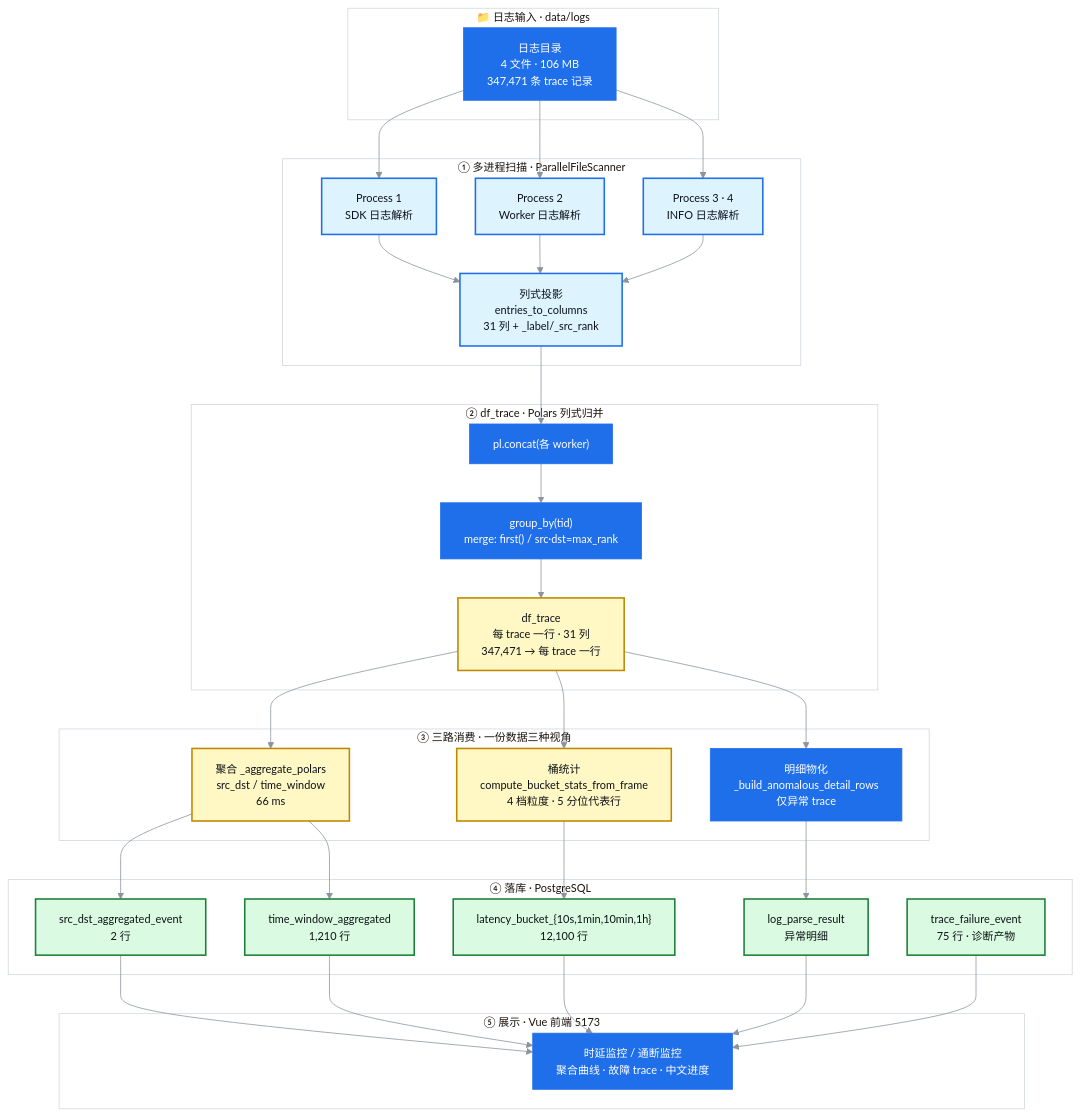
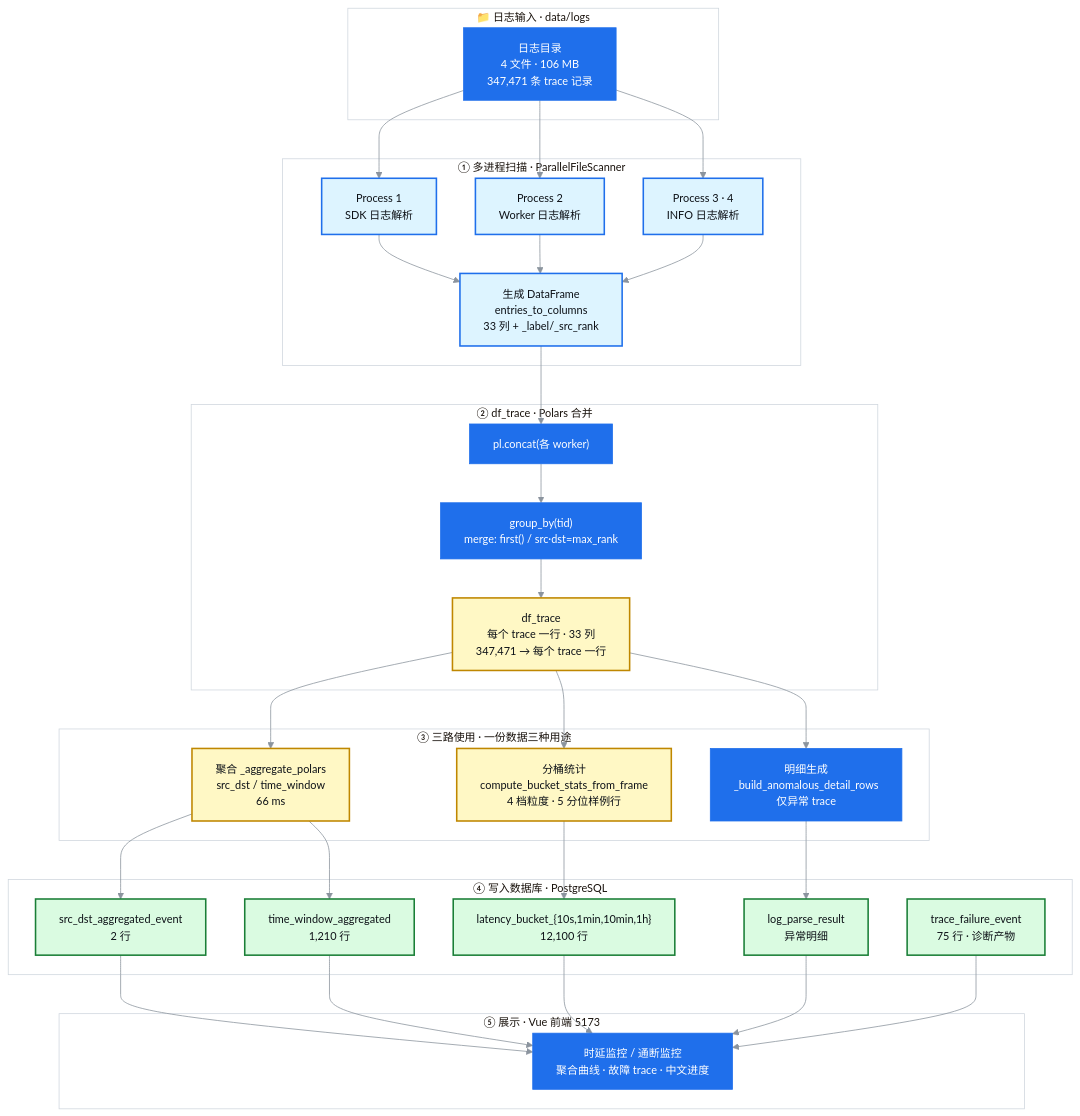
Before and after one commit to openeuler-mirror/witty-ub: the diagram in docs/design/architecture-polars-pipeline.md, drawn with Mermaid. The commit also changed other lines of this file and 88 other files, not shown here.

````diff
--- a/docs/design/architecture-polars-pipeline.md
+++ b/docs/design/architecture-polars-pipeline.md
@@ -17,69 +58,69 @@
 ```mermaid
 %%{init: {'theme': 'base', 'themeVariables': {
   'fontSize': '14px',
   'fontFamily': 'Inter, PingFang SC, Microsoft YaHei, sans-serif',
   'primaryColor': '#1f6feb',
   'primaryTextColor': '#ffffff',
   'primaryBorderColor': '#1f6feb',
   'lineColor': '#8b949e',
   'secondaryColor': '#f6f8fa',
   'tertiaryColor': '#e6edf3',
   'clusterBkg': '#ffffff',
   'clusterBorder': '#d0d7de',
   'edgeLabelBackground': '#ffffff'
 }}}%%
 flowchart TB
     subgraph L0["📁 日志输入 · data/logs"]
         DIR["日志目录<br/>4 文件 · 106 MB<br/>347,471 条 trace 记录"]
     end
 
     subgraph L1["① 多进程扫描 · ParallelFileScanner"]
         P1["Process 1<br/>SDK 日志解析"]
         P2["Process 2<br/>Worker 日志解析"]
         P3["Process 3 · 4<br/>INFO 日志解析"]
-        COL["列式投影<br/>entries_to_columns<br/>31 列 + _label/_src_rank"]
+        COL["生成 DataFrame<br/>entries_to_columns<br/>33 列 + _label/_src_rank"]
     end
 
-    subgraph L2["② df_trace · Polars 列式归并"]
+    subgraph L2["② df_trace · Polars 合并"]
         CONCAT["pl.concat(各 worker)"]
         GROUP["group_by(tid)<br/>merge: first() / src·dst=max_rank"]
-        TRACE["df_trace<br/>每 trace 一行 · 31 列<br/>347,471 → 每 trace 一行"]
+        TRACE["df_trace<br/>每个 trace 一行 · 33 列<br/>347,471 → 每个 trace 一行"]
     end
 
-    subgraph L3["③ 三路消费 · 一份数据三种视角"]
+    subgraph L3["③ 三路使用 · 一份数据三种用途"]
         AGG["聚合 _aggregate_polars<br/>src_dst / time_window<br/>66 ms"]
-        BUCKET["桶统计<br/>compute_bucket_stats_from_frame<br/>4 档粒度 · 5 分位代表行"]
-        DETAIL["明细物化<br/>_build_anomalous_detail_rows<br/>仅异常 trace"]
+        BUCKET["分桶统计<br/>compute_bucket_stats_from_frame<br/>4 档粒度 · 5 分位样例行"]
+        DETAIL["明细生成<br/>_build_anomalous_detail_rows<br/>仅异常 trace"]
     end
 
-    subgraph L4["④ 落库 · PostgreSQL"]
+    subgraph L4["④ 写入数据库 · PostgreSQL"]
         T1["src_dst_aggregated_event<br/>2 行"]
         T2["time_window_aggregated<br/>1,210 行"]
         T3["latency_bucket_{10s,1min,10min,1h}<br/>12,100 行"]
         T4["log_parse_result<br/>异常明细"]
         T5["trace_failure_event<br/>75 行 · 诊断产物"]
     end
 
     subgraph L5["⑤ 展示 · Vue 前端 5173"]
         UI["时延监控 / 通断监控<br/>聚合曲线 · 故障 trace · 中文进度"]
     end
 
     DIR --> P1 & P2 & P3
     P1 & P2 & P3 --> COL
     COL --> CONCAT
     CONCAT --> GROUP --> TRACE
     TRACE --> AGG
     TRACE --> BUCKET
     TRACE --> DETAIL
     AGG --> T1 & T2
     BUCKET --> T3
     DETAIL --> T4
     T1 & T2 & T3 & T4 & T5 --> UI
 
     classDef local fill:#ddf4ff,stroke:#1f6feb,stroke-width:2px,color:#0d1117
     classDef polars fill:#fff8c5,stroke:#bf8700,stroke-width:2px,color:#0d1117
     classDef db fill:#dafbe1,stroke:#1a7f37,stroke-width:2px,color:#0d1117
     class TRACE,AGG,BUCKET polars
     class T1,T2,T3,T4,T5 db
     class P1,P2,P3,COL local
 ```
````
